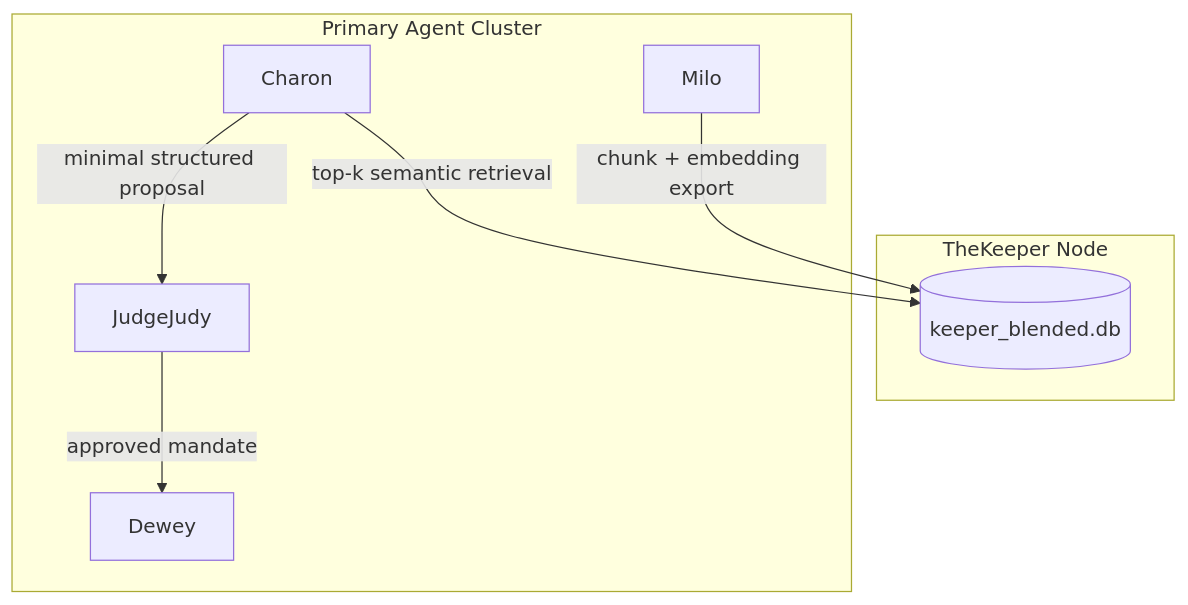
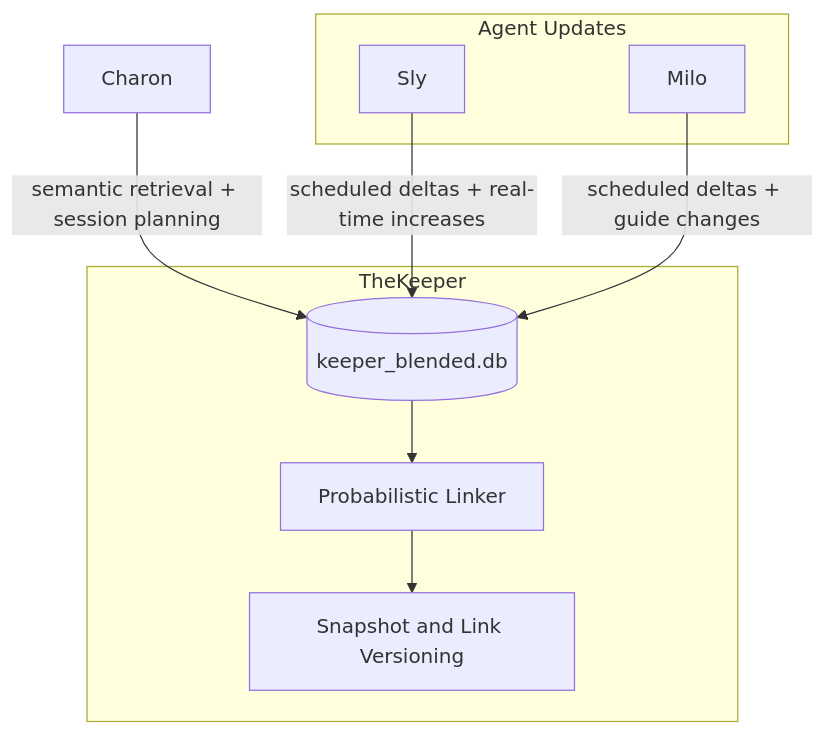
Before and after one commit to HarpN/TheKeeper: the diagram in README.md, drawn with Mermaid. The commit also changed other lines of this file and 1 other file, not shown here.

Commit message:
Align Keeper schema and docs to platform-aware linked replica model

````diff
--- a/README.md
+++ b/README.md
@@ -14,18 +37,18 @@
 ```mermaid
 graph TD
-    subgraph "TheKeeper Node"
-        KDB[(keeper_blended.db)]
+    subgraph "Agent Updates"
+        S[Sly]
+        M[Milo]
     end
 
-    subgraph "Primary Agent Cluster"
-        M[Milo]
-        C[Charon]
-        J[JudgeJudy]
-        D[Dewey]
+    subgraph "TheKeeper"
+        KDB[(keeper_blended.db)]
+        L[Probabilistic Linker]
+        V[Snapshot and Link Versioning]
     end
 
-    M -->|chunk + embedding export| KDB
-    C -->|top-k semantic retrieval| KDB
-    C -->|minimal structured proposal| J
-    J -->|approved mandate| D
+    C[Charon] -->|semantic retrieval + session planning| KDB
+    S -->|scheduled deltas + real-time increases| KDB
+    M -->|scheduled deltas + guide changes| KDB
+    KDB --> L --> V
 ```
````
